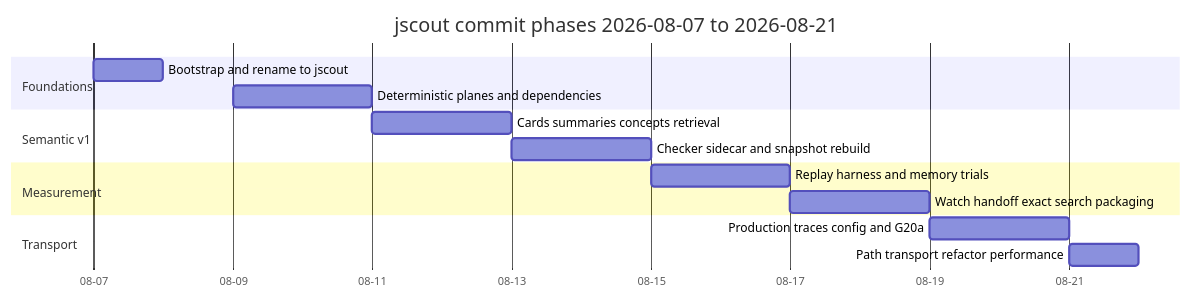
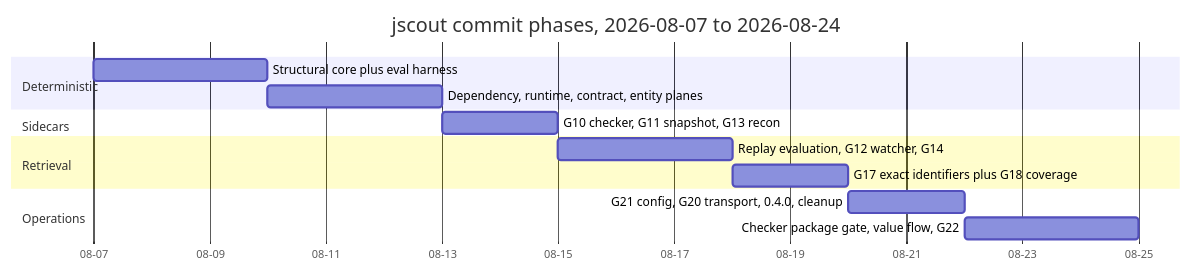
The first of 2 diagrams in docs/codebase-analysis/18-history-and-roadmap.md (iantocristian/jscout), drawn with Mermaid before and after one commit. The commit also changed other lines of this file and 33 other files, not shown here.

````diff
--- a/docs/codebase-analysis/18-history-and-roadmap.md
+++ b/docs/codebase-analysis/18-history-and-roadmap.md
@@ -15,18 +21,17 @@
 ```mermaid
 gantt
-    title jscout commit phases 2026-08-07 to 2026-08-21
+    title jscout commit phases, 2026-08-07 to 2026-08-24
     dateFormat YYYY-MM-DD
     axisFormat %m-%d
-    section Foundations
-    Bootstrap and rename to jscout        :p1, 2026-08-07, 1d
-    Deterministic planes and dependencies :p2, 2026-08-09, 2d
-    section Semantic v1
-    Cards summaries concepts retrieval    :p3, 2026-08-11, 2d
-    Checker sidecar and snapshot rebuild  :p4, 2026-08-13, 2d
-    section Measurement
-    Replay harness and memory trials      :p5, 2026-08-15, 2d
-    Watch handoff exact search packaging  :p6, 2026-08-17, 2d
-    section Transport
-    Production traces config and G20a     :p7, 2026-08-19, 2d
-    Path transport refactor performance   :p8, 2026-08-21, 1d
+    section Deterministic
+    Structural core plus eval harness :a1, 2026-08-07, 3d
+    Dependency, runtime, contract, entity planes :a2, 2026-08-10, 3d
+    section Sidecars
+    G10 checker, G11 snapshot, G13 recon :a3, 2026-08-13, 2d
+    section Retrieval
+    Replay evaluation, G12 watcher, G14 :a4, 2026-08-15, 3d
+    G17 exact identifiers plus G18 coverage :a5, 2026-08-18, 2d
+    section Operations
+    G21 config, G20 transport, 0.4.0, cleanup :a6, 2026-08-20, 2d
+    Checker package gate, value flow, G22 :a7, 2026-08-22, 3d
 ```
````
